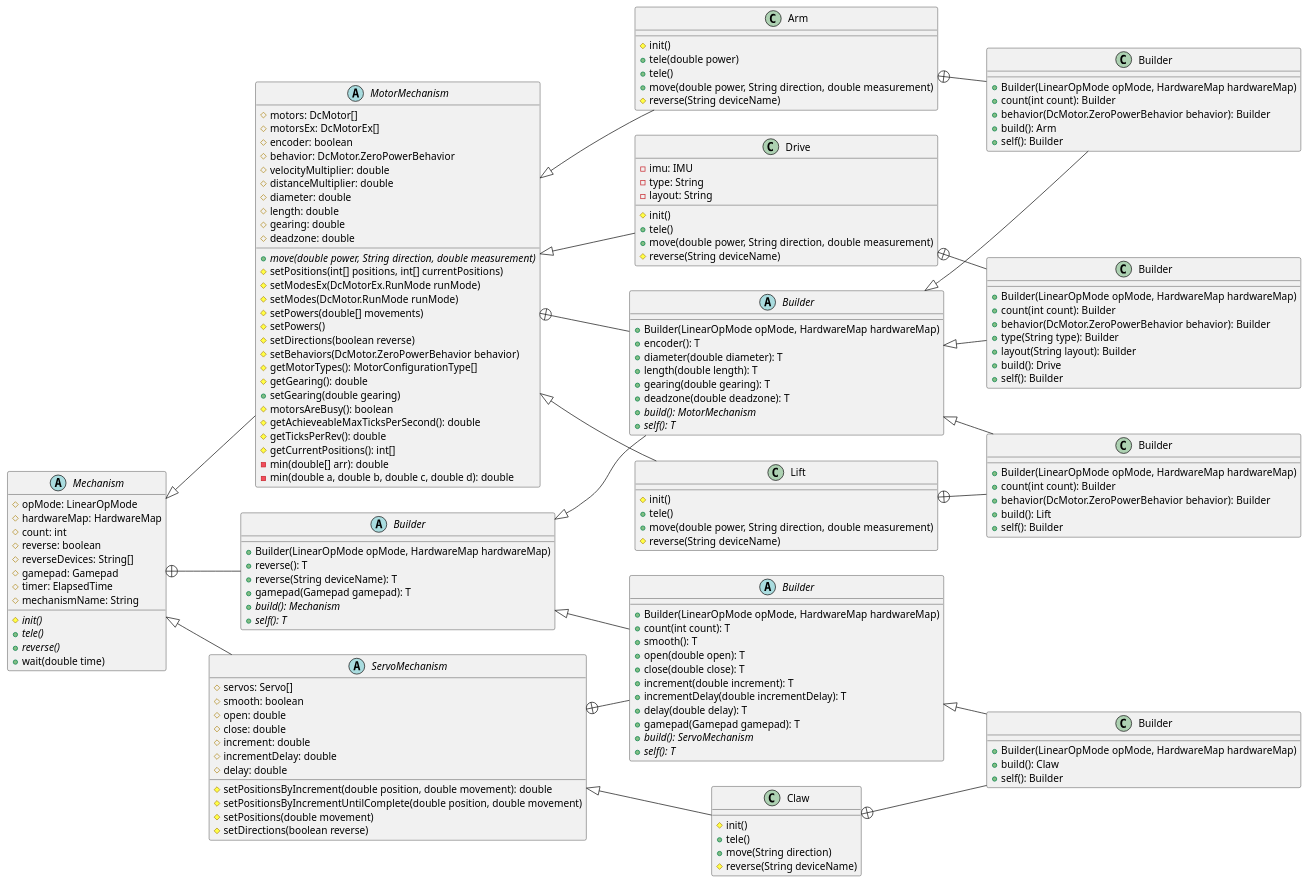
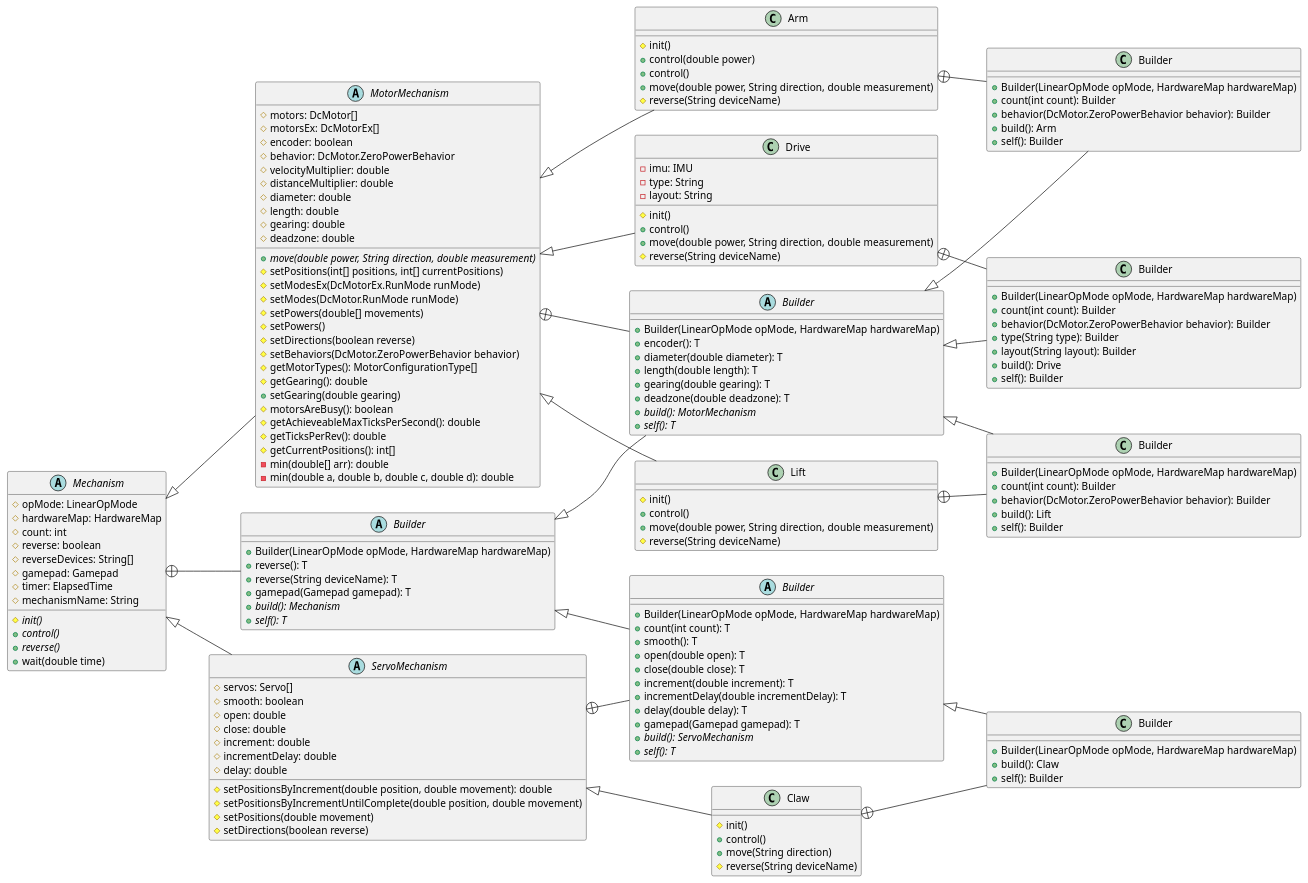
Before and after one commit to Collegiate-Edu-Nation/easy-ftc: the diagram in docs/uml/src/mechanism.puml, drawn with PlantUML. The commit also changed 17 other files, not shown here.

Commit message:
sub tele for control

```diff
--- a/docs/uml/src/mechanism.puml
+++ b/docs/uml/src/mechanism.puml
@@ -1,187 +1,187 @@
 @startuml
 
 left to right direction
 
 abstract class Mechanism {
     # opMode: LinearOpMode
     # hardwareMap: HardwareMap
     # count: int
     # reverse: boolean
     # reverseDevices: String[]
     # gamepad: Gamepad
     # timer: ElapsedTime
     # mechanismName: String
     {abstract}# init()
-    {abstract}+ tele()
+    {abstract}+ control()
     {abstract}+ reverse()
     + wait(double time)
 }
 
 abstract class "Builder" as Mechanism_Builder {
     + Builder(LinearOpMode opMode, HardwareMap hardwareMap)
     + reverse(): T
     + reverse(String deviceName): T
     + gamepad(Gamepad gamepad): T
     {abstract}+ build(): Mechanism
     {abstract}+ self(): T
 }
 
 abstract class MotorMechanism {
     # motors: DcMotor[] 
     # motorsEx: DcMotorEx[] 
     # encoder: boolean
     # behavior: DcMotor.ZeroPowerBehavior
     # velocityMultiplier: double
     # distanceMultiplier: double
     # diameter: double
     # length: double
     # gearing: double
     # deadzone: double
     {abstract}+ move(double power, String direction, double measurement)
     # setPositions(int[] positions, int[] currentPositions)
     # setModesEx(DcMotorEx.RunMode runMode)
     # setModes(DcMotor.RunMode runMode)
     # setPowers(double[] movements)
     # setPowers()
     # setDirections(boolean reverse)
     # setBehaviors(DcMotor.ZeroPowerBehavior behavior)
     # getMotorTypes(): MotorConfigurationType[]
     # getGearing(): double
     + setGearing(double gearing)
     # motorsAreBusy(): boolean
     # getAchieveableMaxTicksPerSecond(): double
     # getTicksPerRev(): double
     # getCurrentPositions(): int[]
     - min(double[] arr): double
     - min(double a, double b, double c, double d): double
 }
 
 abstract class ServoMechanism {
     # servos: Servo[]
     # smooth: boolean
     # open: double
     # close: double
     # increment: double
     # incrementDelay: double
     # delay: double
     # setPositionsByIncrement(double position, double movement): double
     # setPositionsByIncrementUntilComplete(double position, double movement)
     # setPositions(double movement)
     # setDirections(boolean reverse)
 }
 
 abstract class "Builder" as MotorMechanism_Builder {
     + Builder(LinearOpMode opMode, HardwareMap hardwareMap)
     + encoder(): T
     + diameter(double diameter): T
     + length(double length): T
     + gearing(double gearing): T
     + deadzone(double deadzone): T
     {abstract}+ build(): MotorMechanism
     {abstract}+ self(): T
 }
 
 abstract class "Builder" as ServoMechanism_Builder {
     + Builder(LinearOpMode opMode, HardwareMap hardwareMap)
     + count(int count): T
     + smooth(): T
     + open(double open): T
     + close(double close): T
     + increment(double increment): T
     + incrementDelay(double incrementDelay): T
     + delay(double delay): T
     + gamepad(Gamepad gamepad): T
     {abstract}+ build(): ServoMechanism
     {abstract}+ self(): T
 }
 
 class Arm {
     # init()
-    + tele(double power)
-    + tele()
+    + control(double power)
+    + control()
     + move(double power, String direction, double measurement)
     # reverse(String deviceName)
 }
 
 class Claw {
     # init()
-    + tele()
+    + control()
     + move(String direction)
     # reverse(String deviceName)
 }
 
 class Drive {
     - imu: IMU
     - type: String
     - layout: String
     # init()
-    + tele()
+    + control()
     + move(double power, String direction, double measurement)
     # reverse(String deviceName)
 }
 
 class Lift {
     # init()
-    + tele()
+    + control()
     + move(double power, String direction, double measurement)
     # reverse(String deviceName)
 }
 
 class "Builder" as Arm_Builder {
     + Builder(LinearOpMode opMode, HardwareMap hardwareMap)
     + count(int count): Builder
     + behavior(DcMotor.ZeroPowerBehavior behavior): Builder
     + build(): Arm
     + self(): Builder
 }
 
 class "Builder" as Claw_Builder {
     + Builder(LinearOpMode opMode, HardwareMap hardwareMap)
     + build(): Claw
     + self(): Builder
 }
 
 class "Builder" as Drive_Builder {
     + Builder(LinearOpMode opMode, HardwareMap hardwareMap)
     + count(int count): Builder
     + behavior(DcMotor.ZeroPowerBehavior behavior): Builder
     + type(String type): Builder
     + layout(String layout): Builder
     + build(): Drive
     + self(): Builder
 }
 
 class "Builder" as Lift_Builder {
     + Builder(LinearOpMode opMode, HardwareMap hardwareMap)
     + count(int count): Builder
     + behavior(DcMotor.ZeroPowerBehavior behavior): Builder
     + build(): Lift
     + self(): Builder
 }
 
 Mechanism <|-- MotorMechanism
 Mechanism <|-- ServoMechanism
 
 MotorMechanism <|-- Arm
 ServoMechanism <|-- Claw
 MotorMechanism <|-- Drive
 MotorMechanism <|-- Lift
 
 Mechanism_Builder <|-- MotorMechanism_Builder
 Mechanism_Builder <|-- ServoMechanism_Builder
 
 MotorMechanism_Builder <|-- Arm_Builder
 ServoMechanism_Builder <|-- Claw_Builder
 MotorMechanism_Builder <|-- Drive_Builder
 MotorMechanism_Builder <|-- Lift_Builder
 
 Mechanism +-- Mechanism_Builder
 MotorMechanism +-- MotorMechanism_Builder
 ServoMechanism +-- ServoMechanism_Builder
 
 Arm +-- Arm_Builder
 Claw +-- Claw_Builder
 Drive +-- Drive_Builder
 Lift +-- Lift_Builder
 
 @enduml
```
